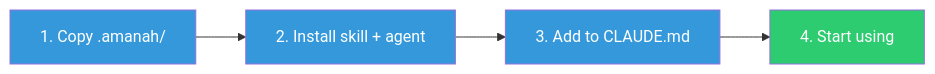
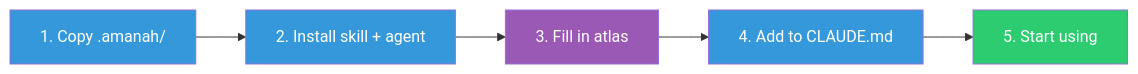
One commit to NHadi/AmanahAgent.Blueprint.Skills changed the fifth of 8 diagrams in README.md. Above: the diagram before and after it, drawn with Mermaid. The commit also changed other lines of this file and 8 other files, not shown here.

````diff
--- a/README.md
+++ b/README.md
@@ -109,11 +223,13 @@
 ```mermaid
 flowchart LR
     A[1. Copy .amanah/] --> B[2. Install skill + agent]
-    B --> C[3. Add to CLAUDE.md]
-    C --> D[4. Start using]
+    B --> C[3. Fill in atlas]
+    C --> D[4. Add to CLAUDE.md]
+    D --> E[5. Start using]
 
     style A fill:#3498DB,color:#fff
     style B fill:#3498DB,color:#fff
-    style C fill:#3498DB,color:#fff
-    style D fill:#2ECC71,color:#fff
+    style C fill:#9B59B6,color:#fff
+    style D fill:#3498DB,color:#fff
+    style E fill:#2ECC71,color:#fff
 ```
````
